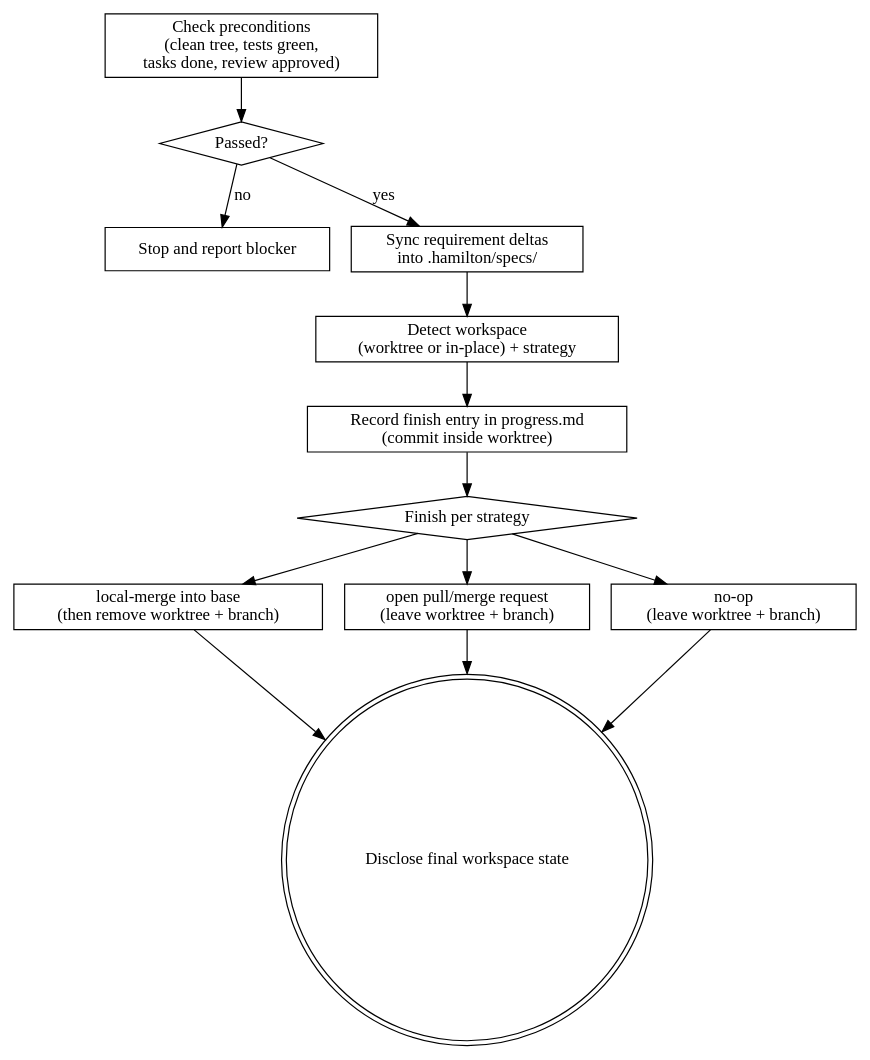
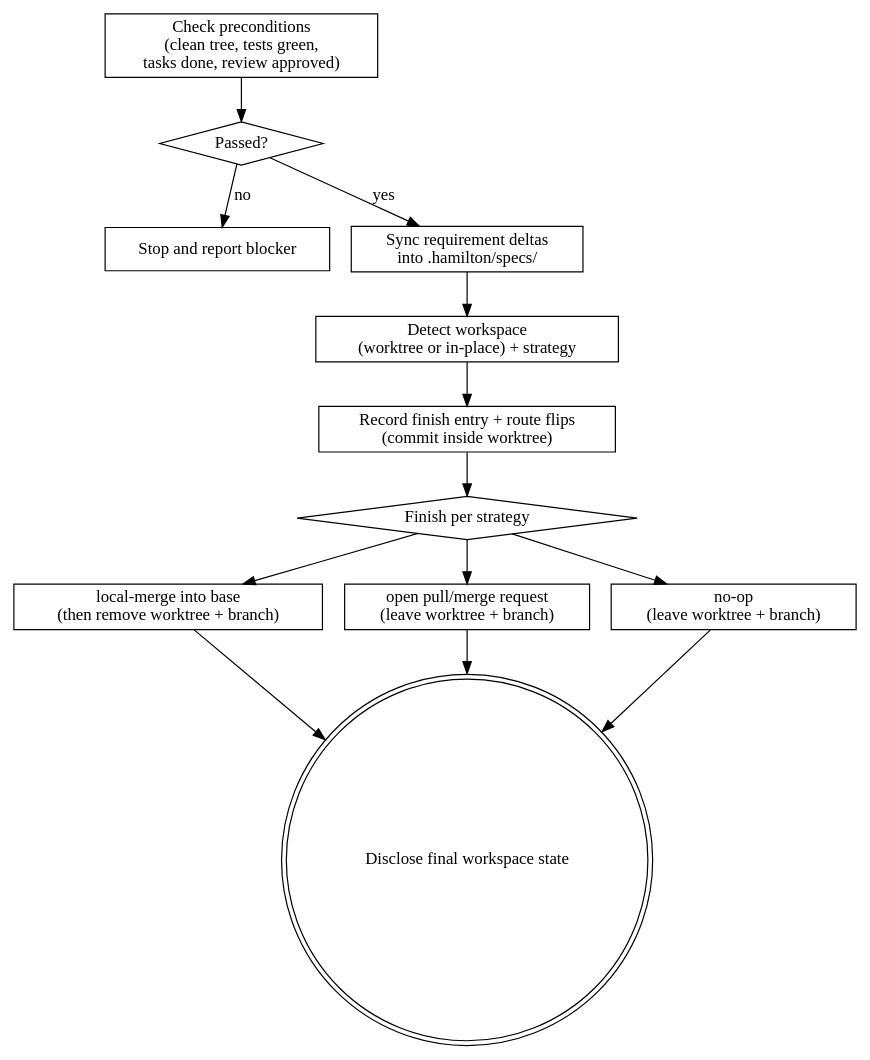
One commit to caiorcferreira/hamilton changed the diagram in skills/hamilton-finish-work/SKILL.md. Above: the diagram before and after it, drawn with Graphviz. The commit also changed other lines of this file and 1 other file, not shown here.

Commit message:
feat(sdd): implement route unit and map status flips in propose/finish-work
Map-aware propose flips the selected unit in-progress (and the map to
shipping on the first unit) on its branch, so the same unit cannot be
started twice. finish-work flips a route-backed unit to shipped in the
pre-finish commit (and the map, on the last unit), implementing the
abstract contract wayfinder defines.

Action 11 of wayfinder-skills-action-plan.md.

Claude-Session: https://claude.ai/code/session_016QEiFwULPjcX4Q5RQkDWY7

````diff
--- a/skills/hamilton-finish-work/SKILL.md
+++ b/skills/hamilton-finish-work/SKILL.md
@@ -158,28 +162,28 @@
 ```dot
 digraph hamilton_finish_work {
     "Check preconditions\n(clean tree, tests green,\ntasks done, review approved)" [shape=box];
     "Passed?" [shape=diamond];
     "Stop and report blocker" [shape=box];
     "Sync requirement deltas\ninto .hamilton/specs/" [shape=box];
     "Detect workspace\n(worktree or in-place) + strategy" [shape=box];
-    "Record finish entry in progress.md\n(commit inside worktree)" [shape=box];
+    "Record finish entry + route flips\n(commit inside worktree)" [shape=box];
     "Finish per strategy" [shape=diamond];
     "local-merge into base\n(then remove worktree + branch)" [shape=box];
     "open pull/merge request\n(leave worktree + branch)" [shape=box];
     "no-op\n(leave worktree + branch)" [shape=box];
     "Disclose final workspace state" [shape=doublecircle];
 
     "Check preconditions\n(clean tree, tests green,\ntasks done, review approved)" -> "Passed?";
     "Passed?" -> "Stop and report blocker" [label="no"];
     "Passed?" -> "Sync requirement deltas\ninto .hamilton/specs/" [label="yes"];
     "Sync requirement deltas\ninto .hamilton/specs/" -> "Detect workspace\n(worktree or in-place) + strategy";
-    "Detect workspace\n(worktree or in-place) + strategy" -> "Record finish entry in progress.md\n(commit inside worktree)";
-    "Record finish entry in progress.md\n(commit inside worktree)" -> "Finish per strategy";
+    "Detect workspace\n(worktree or in-place) + strategy" -> "Record finish entry + route flips\n(commit inside worktree)";
+    "Record finish entry + route flips\n(commit inside worktree)" -> "Finish per strategy";
     "Finish per strategy" -> "local-merge into base\n(then remove worktree + branch)";
     "Finish per strategy" -> "open pull/merge request\n(leave worktree + branch)";
     "Finish per strategy" -> "no-op\n(leave worktree + branch)";
     "local-merge into base\n(then remove worktree + branch)" -> "Disclose final workspace state";
     "open pull/merge request\n(leave worktree + branch)" -> "Disclose final workspace state";
     "no-op\n(leave worktree + branch)" -> "Disclose final workspace state";
 }
 ```
````
